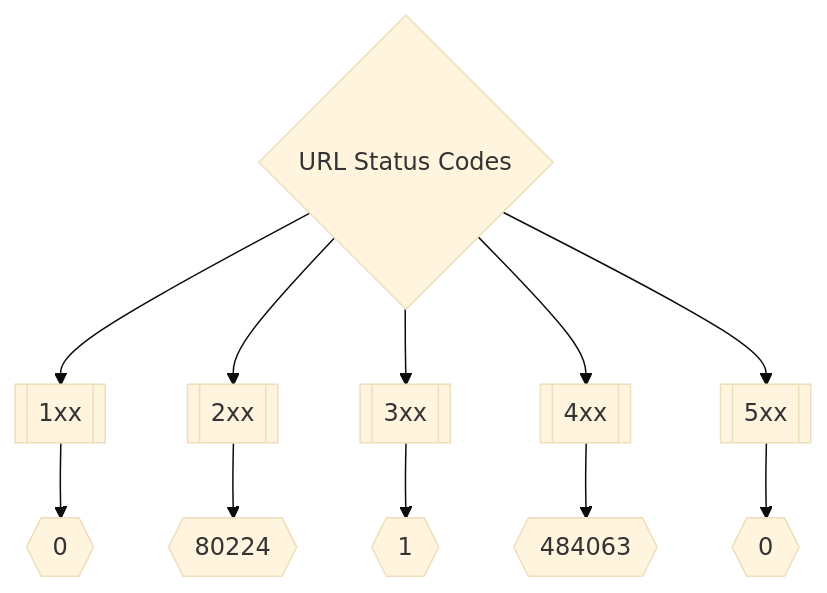
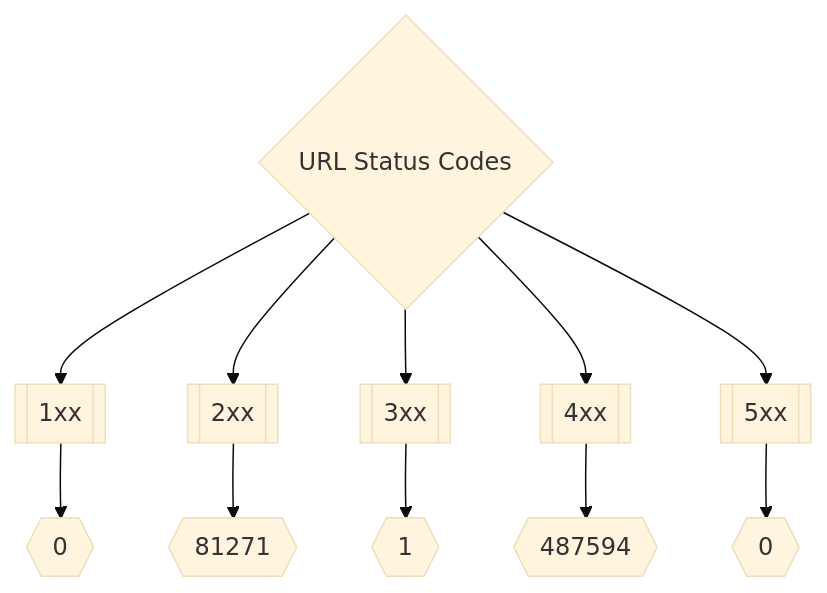
One commit to trickest/inventory changed the second of 3 diagrams in README.md. Above: the diagram before and after it, drawn with Mermaid (base theme). The commit also changed other lines of this file, not shown here.

Commit message:
Update README.md Tue May 31 14:20:38 UTC 2022

````diff
--- a/README.md
+++ b/README.md
@@ -173,8 +173,8 @@
 ```mermaid
 graph TD
 title{URL Status Codes} --> 1xx[[1xx]] --> status1xxNum{{0}}
-title --> 2xx[[2xx]] --> status2xxNum{{80224}}
+title --> 2xx[[2xx]] --> status2xxNum{{81271}}
 title --> 3xx[[3xx]] --> status3xxNum{{1}}
-title --> 4xx[[4xx]] --> status4xxNum{{484063}}
+title --> 4xx[[4xx]] --> status4xxNum{{487594}}
 title --> 5xx[[5xx]] --> status5xxNum{{0}}
 ```
````
